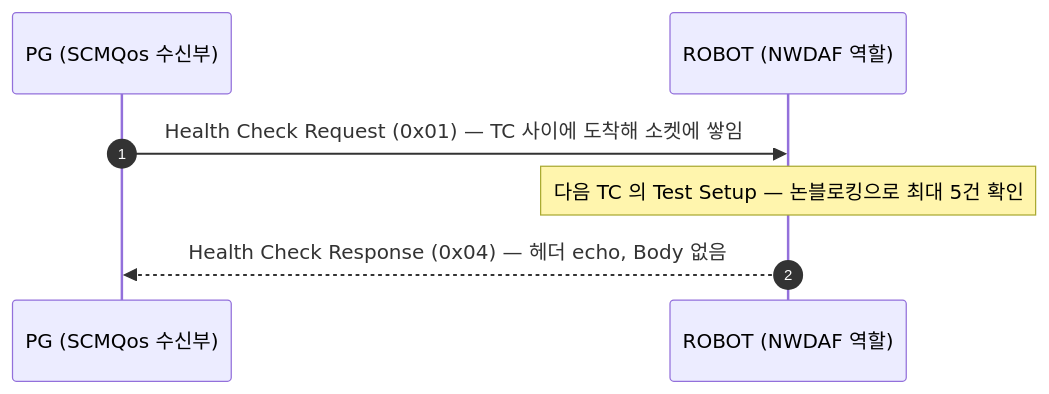
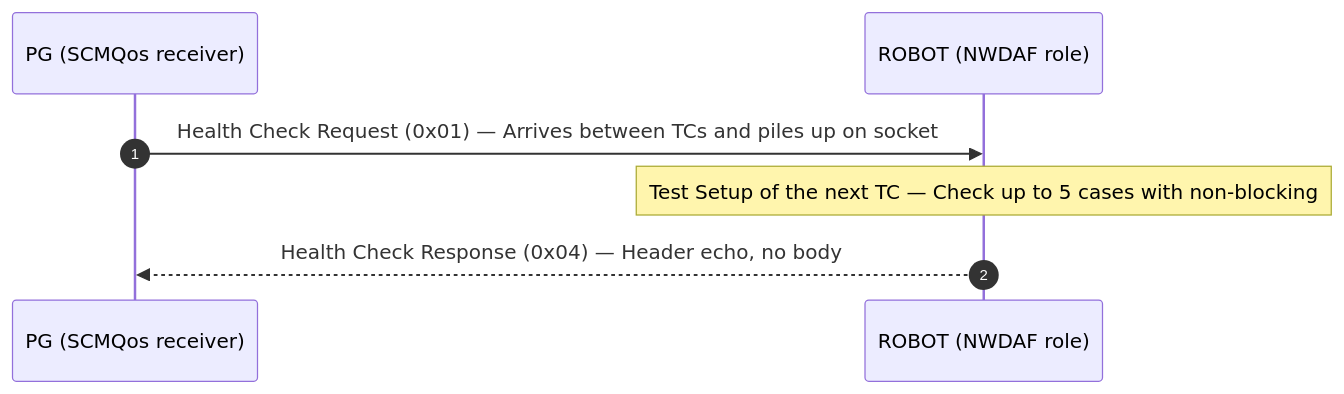
Before and after one commit to IanKim2030/tc4robot: the third of 3 diagrams in docs/callflow/nwdaf_callflow.md, drawn with Mermaid. The commit also changed other lines of this file and 83 other files, not shown here.

````diff
--- a/docs/callflow/nwdaf_callflow.md
+++ b/docs/callflow/nwdaf_callflow.md
@@ -88,10 +88,10 @@
 ```mermaid
 sequenceDiagram
     autonumber
-    participant PG as PG (SCMQos 수신부)
-    participant TOOL as ROBOT (NWDAF 역할)
+    participant PG as PG (SCMQos receiver)
+    participant TOOL as ROBOT (NWDAF role)
 
-    PG->>TOOL: Health Check Request (0x01) — TC 사이에 도착해 소켓에 쌓임
-    Note over TOOL: 다음 TC 의 Test Setup — 논블로킹으로 최대 5건 확인
-    TOOL-->>PG: Health Check Response (0x04) — 헤더 echo, Body 없음
+    PG->>TOOL:Health Check Request (0x01) — Arrives between TCs and piles up on socket
+    Note over TOOL:Test Setup of the next TC — Check up to 5 cases with non-blocking
+    TOOL-->>PG:Health Check Response (0x04) — Header echo, no body
 ```
````
